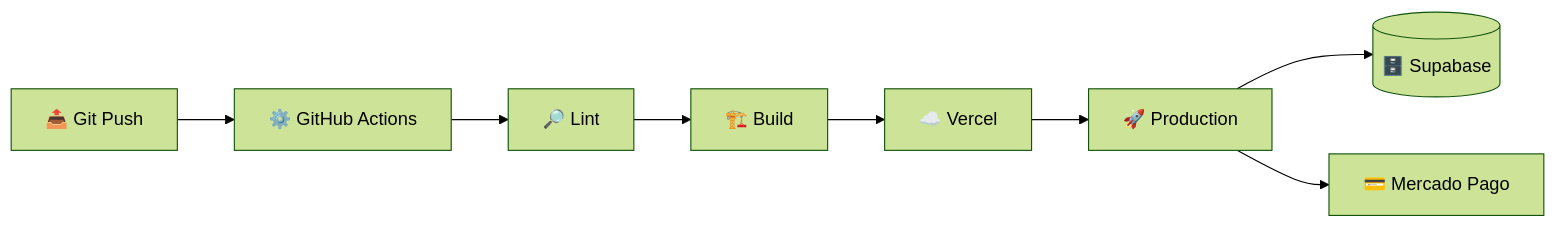
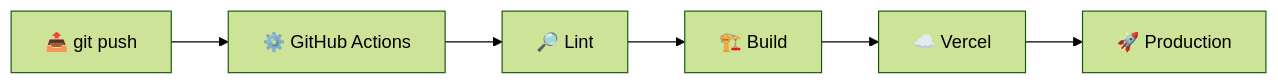
Before and after one commit to XzGuuhXz/loja: the fourth of 4 diagrams in README.md, drawn with Mermaid (forest theme). The commit also changed other lines of this file, not shown here.

````diff
--- a/README.md
+++ b/README.md
@@ -428,10 +422,8 @@
 ```mermaid
 flowchart LR
-    G[📤 Git Push] --> CI[⚙️ GitHub Actions]
+    P[📤 git push] --> CI[⚙️ GitHub Actions]
     CI --> L[🔎 Lint]
     L --> B[🏗️ Build]
     B --> V[☁️ Vercel]
-    V --> P[🚀 Production]
-    P --> S[(🗄️ Supabase)]
-    P --> M[💳 Mercado Pago]
+    V --> PROD[🚀 Production]
 ```
````
